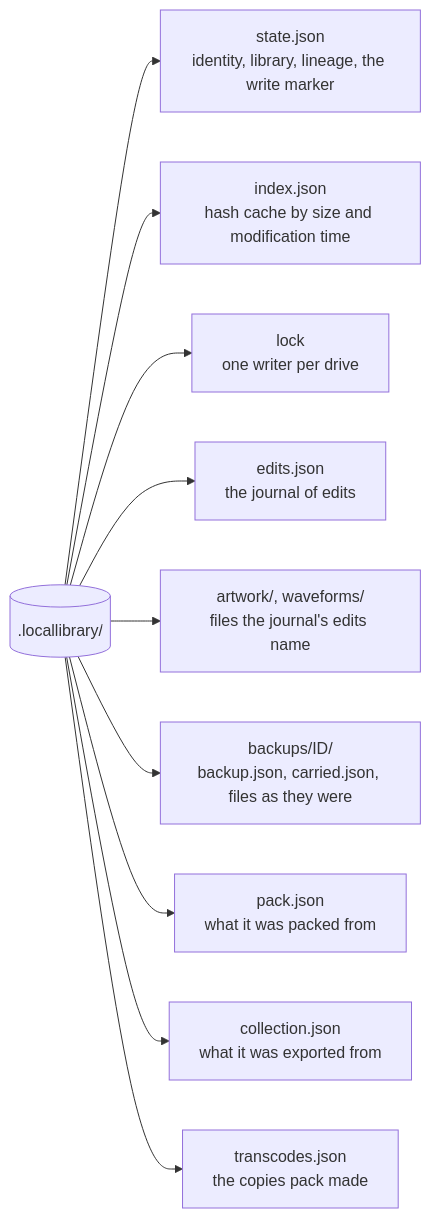
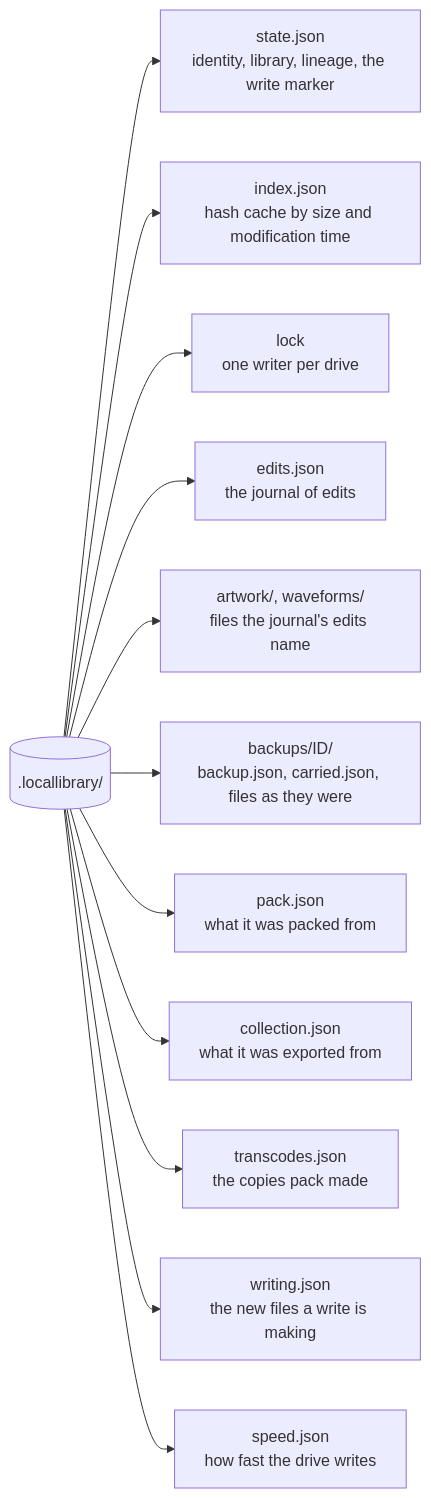
The fourth of 18 diagrams in apps/locallibrary/docs/diagrams/store-and-drives.md (cutenode/localnetwork), drawn with Mermaid before and after one commit. The commit also changed other lines of this file and 6 other files, not shown here.

First line of the commit message:
docs(locallibrary): bring the diagrams up to date with the code

````diff
--- a/apps/locallibrary/docs/diagrams/store-and-drives.md
+++ b/apps/locallibrary/docs/diagrams/store-and-drives.md
@@ -108,12 +111,14 @@
 ```mermaid
 flowchart LR
     state[(".locallibrary/")] --> id["state.json<br/>identity, library, lineage, the write marker"]
     state --> index["index.json<br/>hash cache by size and modification time"]
     state --> lock["lock<br/>one writer per drive"]
     state --> edits["edits.json<br/>the journal of edits"]
     state --> staged["artwork/, waveforms/<br/>files the journal's edits name"]
     state --> backups["backups/ID/<br/>backup.json, carried.json, files as they were"]
     state --> pack["pack.json<br/>what it was packed from"]
     state --> collection["collection.json<br/>what it was exported from"]
     state --> transcodes["transcodes.json<br/>the copies pack made"]
+    state --> writing["writing.json<br/>the new files a write is making"]
+    state --> speed["speed.json<br/>how fast the drive writes"]
 ```
````
